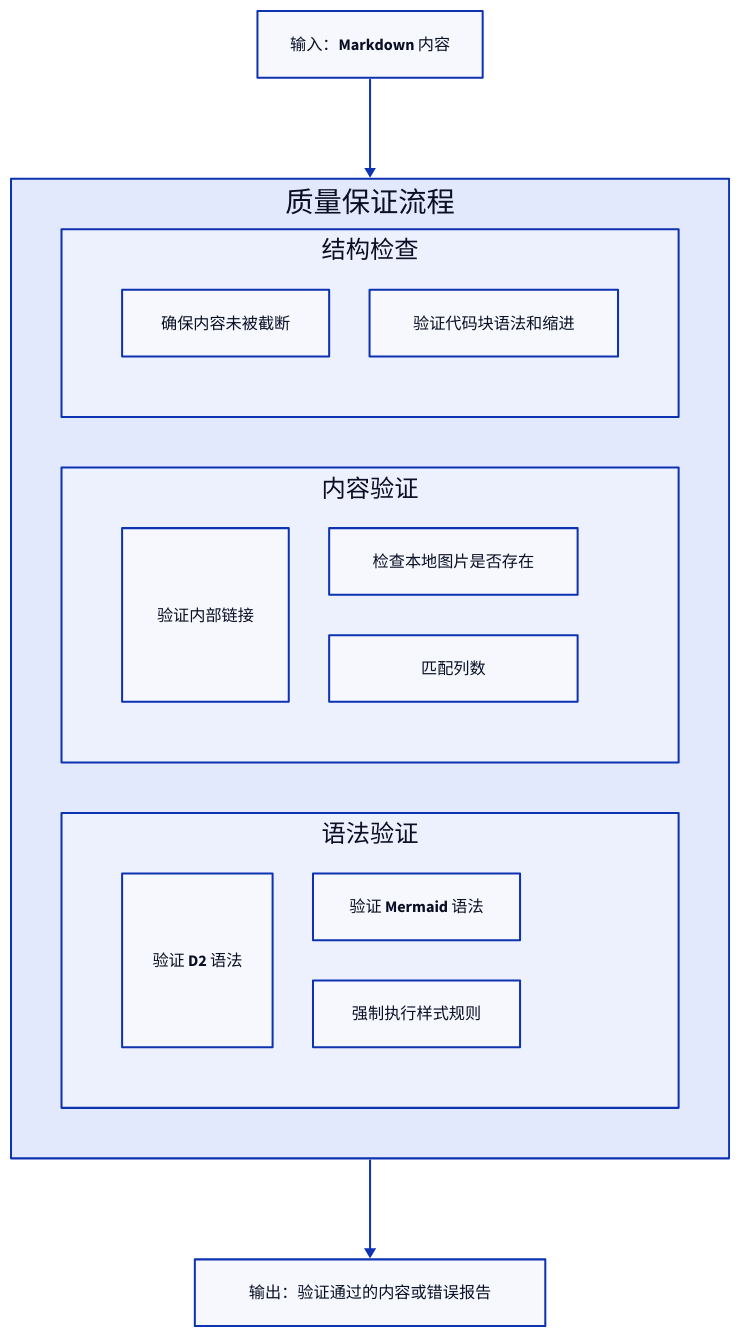
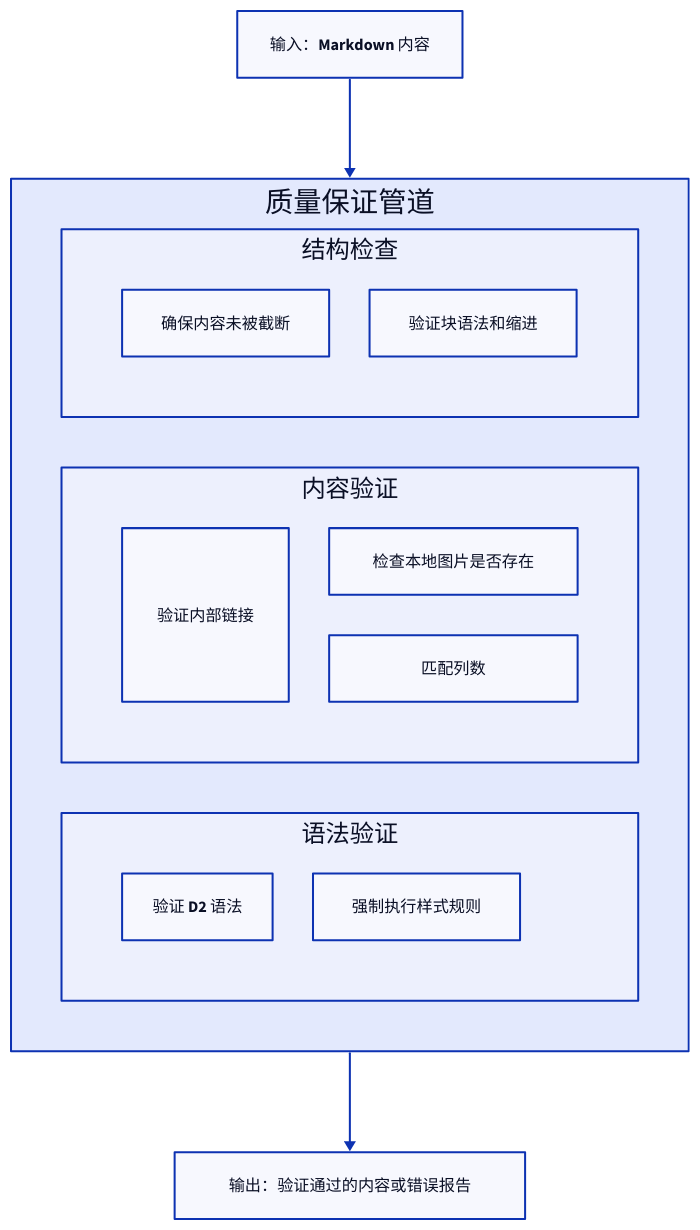
Before and after one commit to AIGNE-io/aigne-doc-smith: the diagram in docs/advanced-quality-assurance.zh.md, drawn with D2. The commit also changed other lines of this file and 27 other files, not shown here.

````diff
--- a/docs/advanced-quality-assurance.zh.md
+++ b/docs/advanced-quality-assurance.zh.md
@@ -7,49 +7,48 @@
 ```d2
 direction: down
 
 Input-Markdown-Content: {
   label: "输入：Markdown 内容"
   shape: rectangle
 }
 
 QA-Pipeline: {
-  label: "质量保证流程"
+  label: "质量保证管道"
   shape: rectangle
   grid-columns: 1
   grid-gap: 50
 
   Structural-Checks: {
     label: "结构检查"
     shape: rectangle
     grid-columns: 2
     Completeness: "确保内容未被截断"
-    Code-Blocks: "验证代码块语法和缩进"
+    Code-Blocks: "验证块语法和缩进"
   }
 
   Content-Validation: {
     label: "内容验证"
     shape: rectangle
     grid-columns: 2
     Link-Integrity: "验证内部链接"
     Image-Paths: "检查本地图片是否存在"
     Table-Formatting: "匹配列数"
   }
 
   Syntax-Validation: {
     label: "语法验证"
     shape: rectangle
     grid-columns: 2
     D2-Diagrams: "验证 D2 语法"
-    Mermaid-Diagrams: "验证 Mermaid 语法"
     Markdown-Linting: "强制执行样式规则"
   }
 }
 
 Output-Validated-Content-or-Error-Report: {
   label: "输出：验证通过的内容或错误报告"
   shape: rectangle
 }
 
 Input-Markdown-Content -> QA-Pipeline
 QA-Pipeline -> Output-Validated-Content-or-Error-Report
 ```
````
